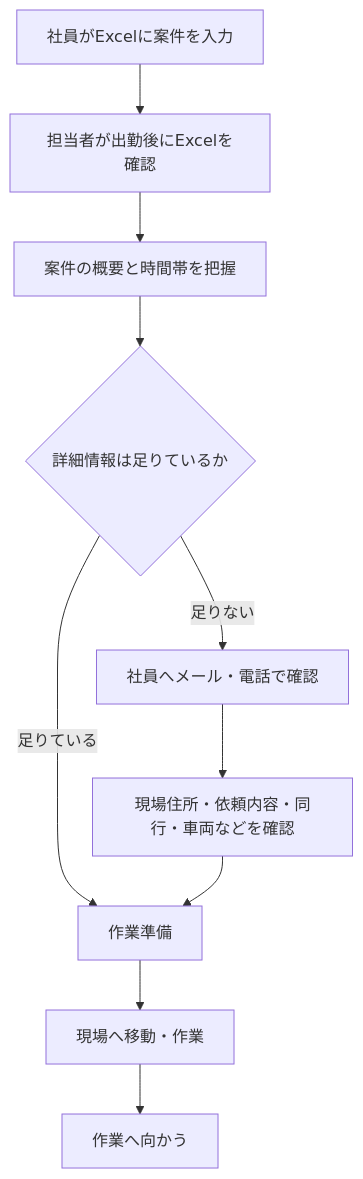
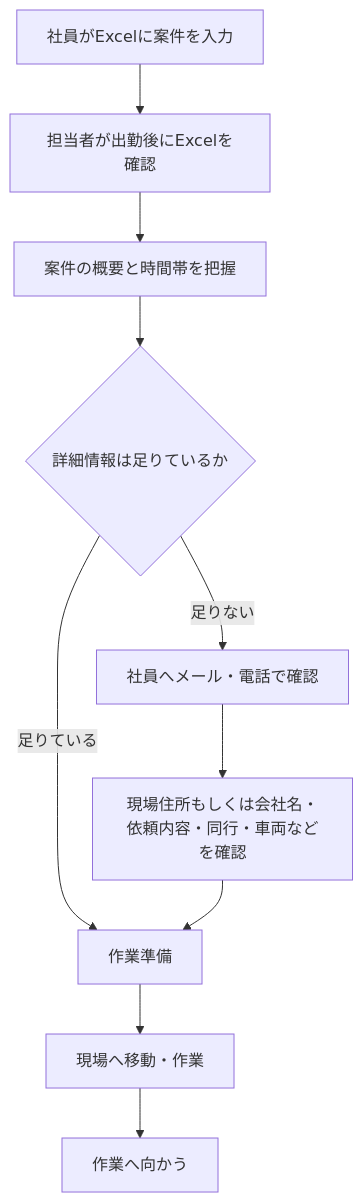
One commit to yuya-dev-dev/schedule-system changed the first of 2 diagrams in docs/business-flow.md. Above: the diagram before and after it, drawn with Mermaid. The commit also changed other lines of this file and 10 other files, not shown here.

````diff
--- a/docs/business-flow.md
+++ b/docs/business-flow.md
@@ -7,12 +7,12 @@
 ```mermaid
 flowchart TD
     A["社員がExcelに案件を入力"] --> B["担当者が出勤後にExcelを確認"]
     B --> C["案件の概要と時間帯を把握"]
     C --> D{"詳細情報は足りているか"}
     D -- "足りている" --> E["作業準備"]
     D -- "足りない" --> F["社員へメール・電話で確認"]
-    F --> G["現場住所・依頼内容・同行・車両などを確認"]
+    F --> G["現場住所もしくは会社名・依頼内容・同行・車両などを確認"]
     G --> E
     E --> H["現場へ移動・作業"]
     H --> I["作業へ向かう"]
 ```
````
